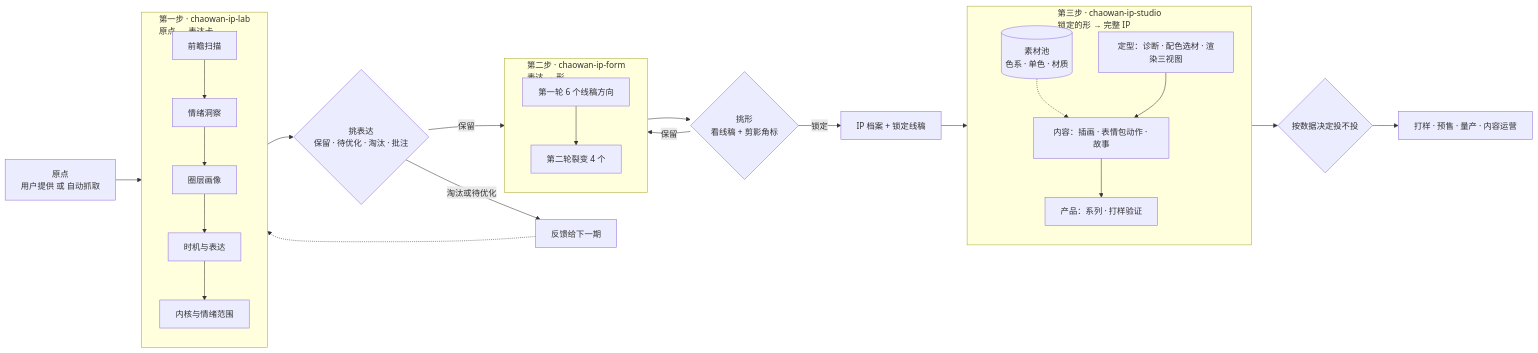
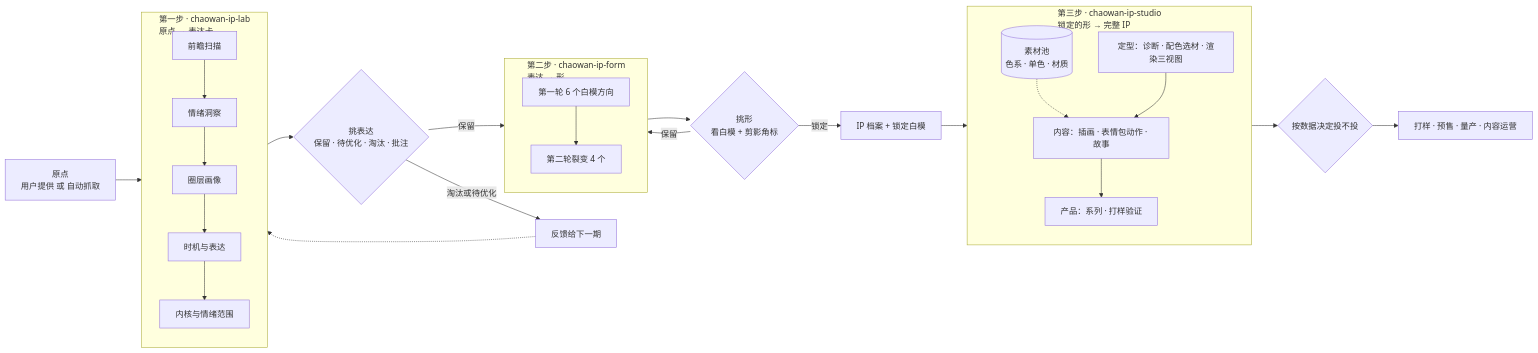
Before and after one commit to ashlandkrug878-wq/ip: the diagram in workflow/潮玩IP工作流.md, drawn with Mermaid. The commit also changed other lines of this file and 8 other files, not shown here.

````diff
--- a/workflow/潮玩IP工作流.md
+++ b/workflow/潮玩IP工作流.md
@@ -12,28 +12,28 @@
 ```mermaid
 flowchart LR
   A[原点<br/>用户提供 或 自动抓取] --> S1
   subgraph S1[第一步 · chaowan-ip-lab<br/>原点 → 表达卡]
     direction TB
     a1[前瞻扫描] --> a2[情绪洞察] --> a3[圈层画像] --> a4[时机与表达] --> a5[内核与情绪范围]
   end
   S1 --> P1{挑表达<br/>保留 · 待优化 · 淘汰 · 批注}
   P1 -->|淘汰或待优化| FB1[反馈给下一期]
   FB1 -.-> S1
   P1 -->|保留| S2
   subgraph S2[第二步 · chaowan-ip-form<br/>表达 → 形]
     direction TB
-    f1[第一轮 6 个线稿方向] --> f2[第二轮裂变 4 个]
+    f1[第一轮 6 个白模方向] --> f2[第二轮裂变 4 个]
   end
-  S2 --> P2{挑形<br/>看线稿 + 剪影角标}
+  S2 --> P2{挑形<br/>看白模 + 剪影角标}
   P2 -->|保留| f2
-  P2 -->|锁定| H[IP 档案 + 锁定线稿]
+  P2 -->|锁定| H[IP 档案 + 锁定白模]
   H --> S3
   subgraph S3[第三步 · chaowan-ip-studio<br/>锁定的形 → 完整 IP]
     direction TB
     POOL[(素材池<br/>色系 · 单色 · 材质)] -.-> b2
     b1[定型：诊断 · 配色选材 · 渲染三视图] --> b2[内容：插画 · 表情包动作 · 故事]
     b2 --> b3[产品：系列 · 打样验证]
   end
   S3 --> P3{按数据决定投不投}
   P3 --> OUT[打样 · 预售 · 量产 · 内容运营]
 ```
````
